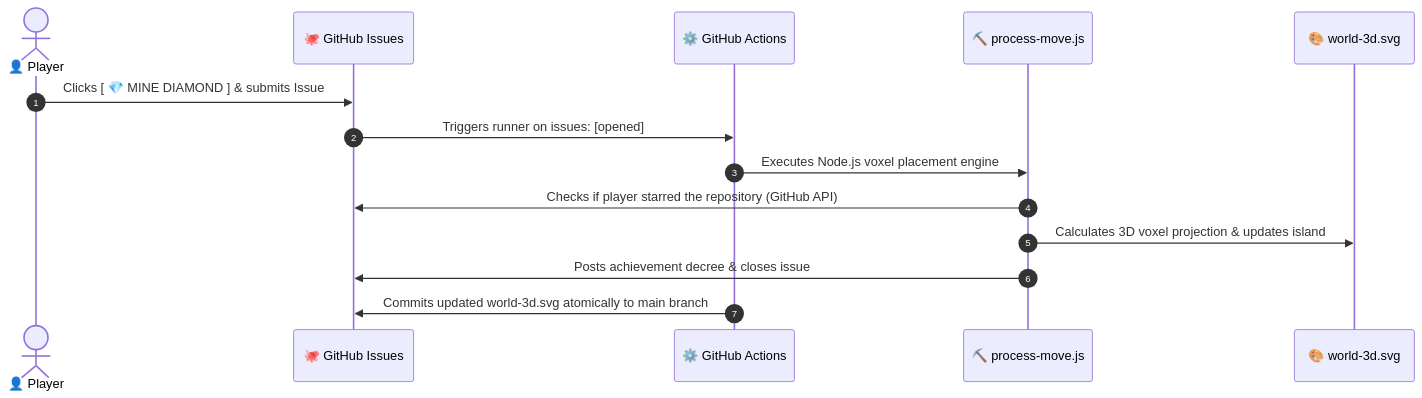
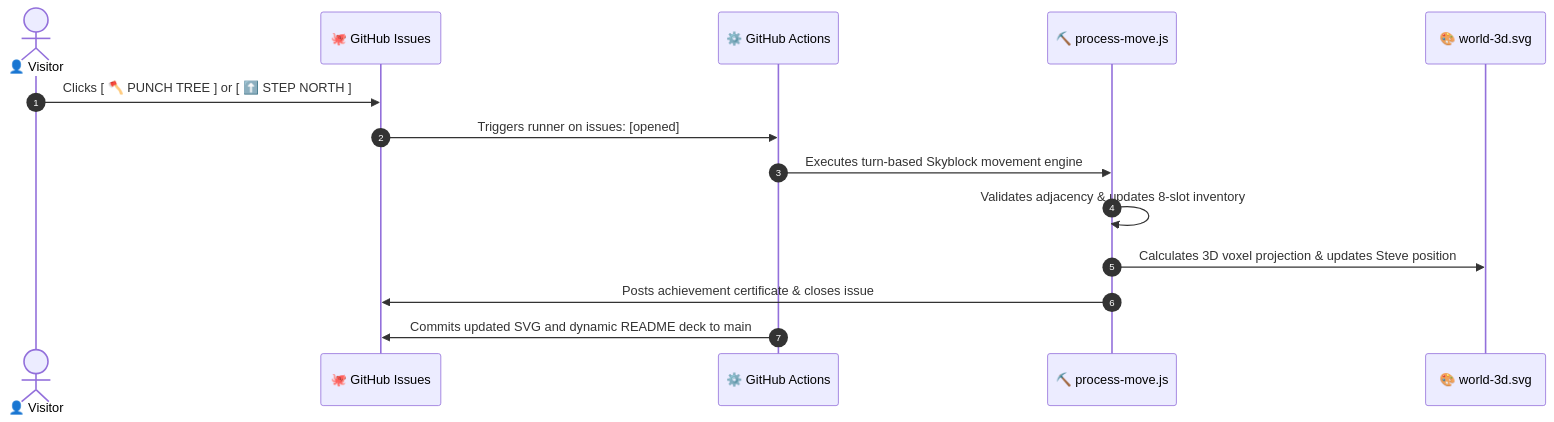
One commit to mo-farooq/skyblock changed the diagram in README.md. Above: the diagram before and after it, drawn with Mermaid. The commit also changed other lines of this file and 5 other files, not shown here.

Commit message:
feat: complete Phase 1 Skyblock turn-based multiplayer engine, L-island 3D renderer, 8-slot hotbar pack, and dynamic contextual buttons

````diff
--- a/README.md
+++ b/README.md
@@ -41,17 +52,17 @@
 ```mermaid
 sequenceDiagram
     autonumber
-    actor Visitor as 👤 Player
+    actor Player as 👤 Visitor
     participant GH as 🐙 GitHub Issues
     participant Action as ⚙️ GitHub Actions
     participant Engine as ⛏️ process-move.js
     participant SVG as 🎨 world-3d.svg
 
-    Visitor->>GH: Clicks [ 💎 MINE DIAMOND ] & submits Issue
+    Player->>GH: Clicks [ 🪓 PUNCH TREE ] or [ ⬆️ STEP NORTH ]
     GH->>Action: Triggers runner on issues: [opened]
-    Action->>Engine: Executes Node.js voxel placement engine
-    Engine->>GH: Checks if player starred the repository (GitHub API)
-    Engine->>SVG: Calculates 3D voxel projection & updates island
-    Engine->>GH: Posts achievement decree & closes issue
-    Action->>GH: Commits updated world-3d.svg atomically to main branch
+    Action->>Engine: Executes turn-based Skyblock movement engine
+    Engine->>Engine: Validates adjacency & updates 8-slot inventory
+    Engine->>SVG: Calculates 3D voxel projection & updates Steve position
+    Engine->>GH: Posts achievement certificate & closes issue
+    Action->>GH: Commits updated SVG and dynamic README deck to main
 ```
````
